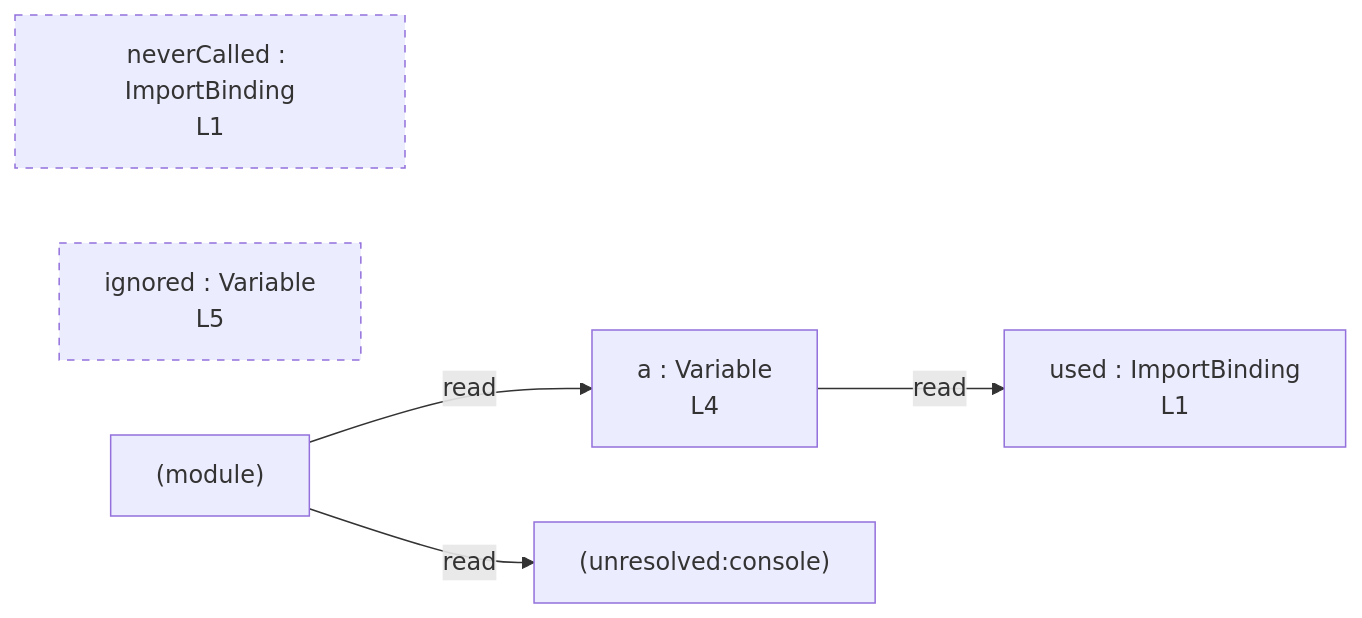
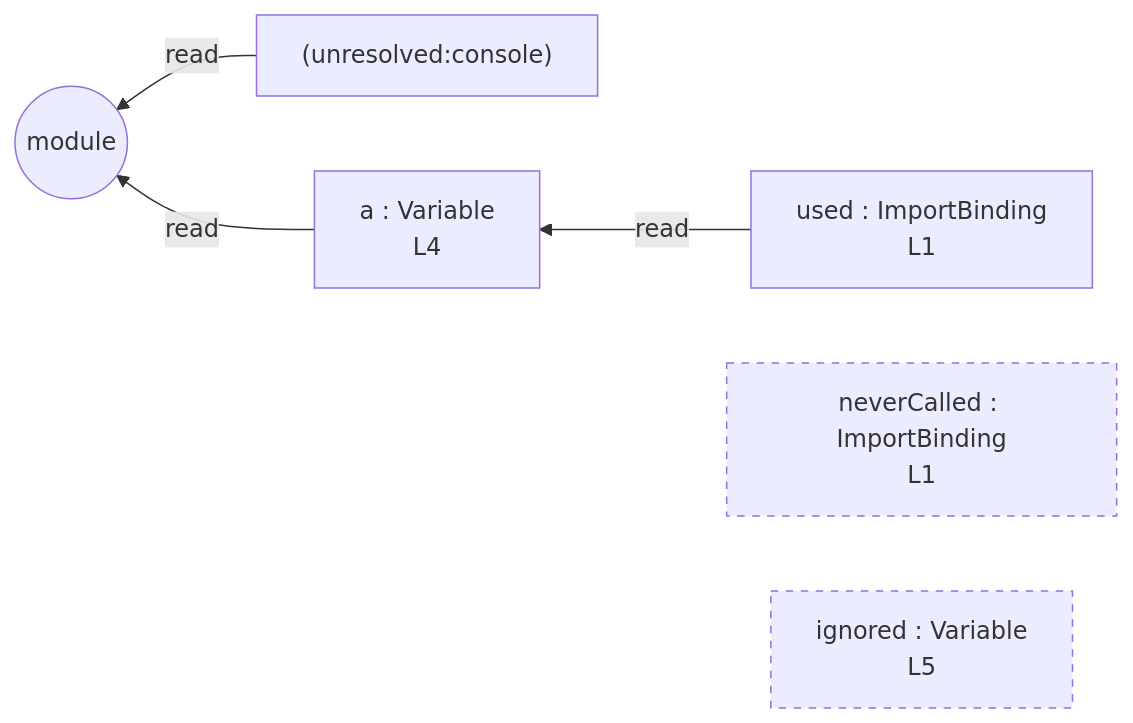
The diagram in integration/fixtures/unused-and-var/preview.md (crescware/unsnarl), drawn with Mermaid before and after one commit. The commit also changed 27 other files, not shown here.

First line of the commit message:
feat(mermaid): subgraphs + RL layout + dataflow arrows

````diff
--- a/integration/fixtures/unused-and-var/preview.md
+++ b/integration/fixtures/unused-and-var/preview.md
@@ -17,15 +17,15 @@
 ```mermaid
-flowchart LR
+flowchart RL
   n_scope_0_used_9["used : ImportBinding\nL1"]
   n_scope_0_neverCalled_15["neverCalled : ImportBinding\nL1"]
   n_scope_0_a_67["a : Variable\nL4"]
   n_scope_0_ignored_83["ignored : Variable\nL5"]
   n_scope_0_console_98["(unresolved:console)"]
-  n_scope_0_a_67 -->|read| n_scope_0_used_9
-  module_root -->|read| n_scope_0_console_98
-  module_root -->|read| n_scope_0_a_67
-  module_root["(module)"]
+  n_scope_0_used_9 -->|read| n_scope_0_a_67
+  n_scope_0_console_98 -->|read| module_root
+  n_scope_0_a_67 -->|read| module_root
+  module_root((module))
   classDef unused stroke-dasharray: 5 5;
   class n_scope_0_neverCalled_15 unused;
   class n_scope_0_ignored_83 unused;
 ```
````
